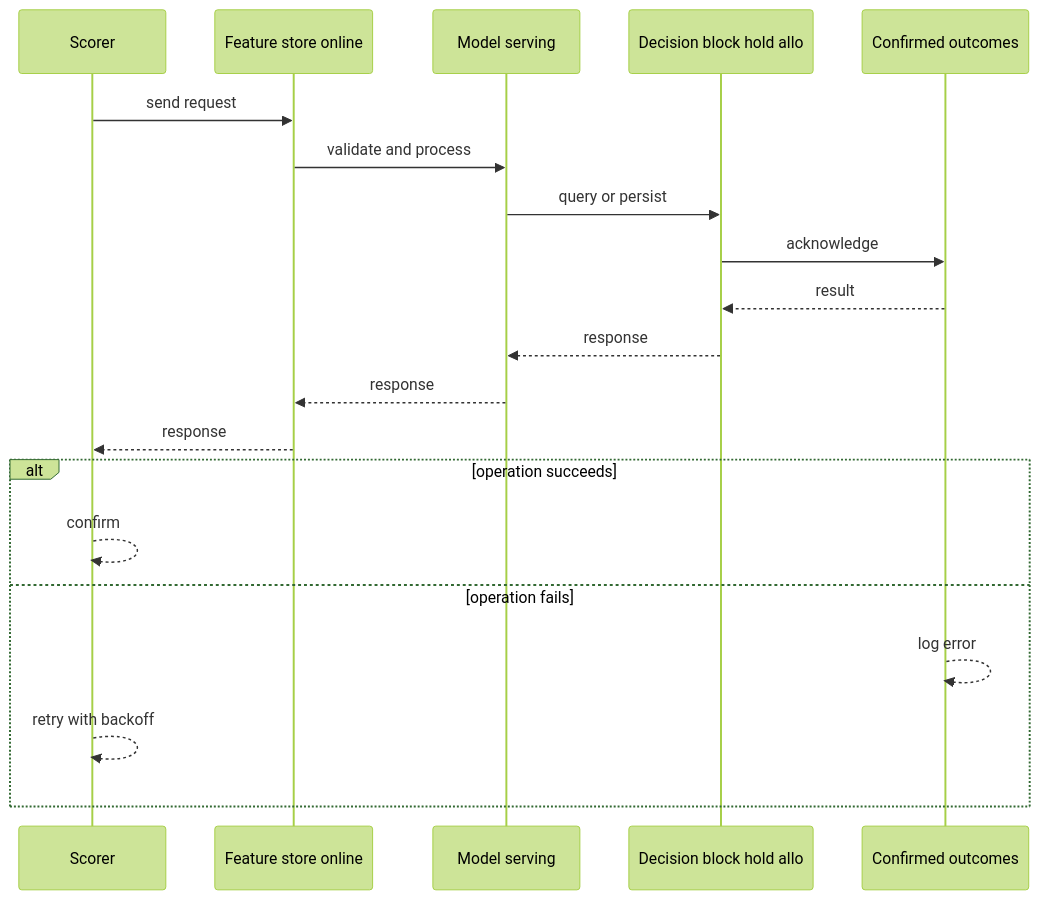
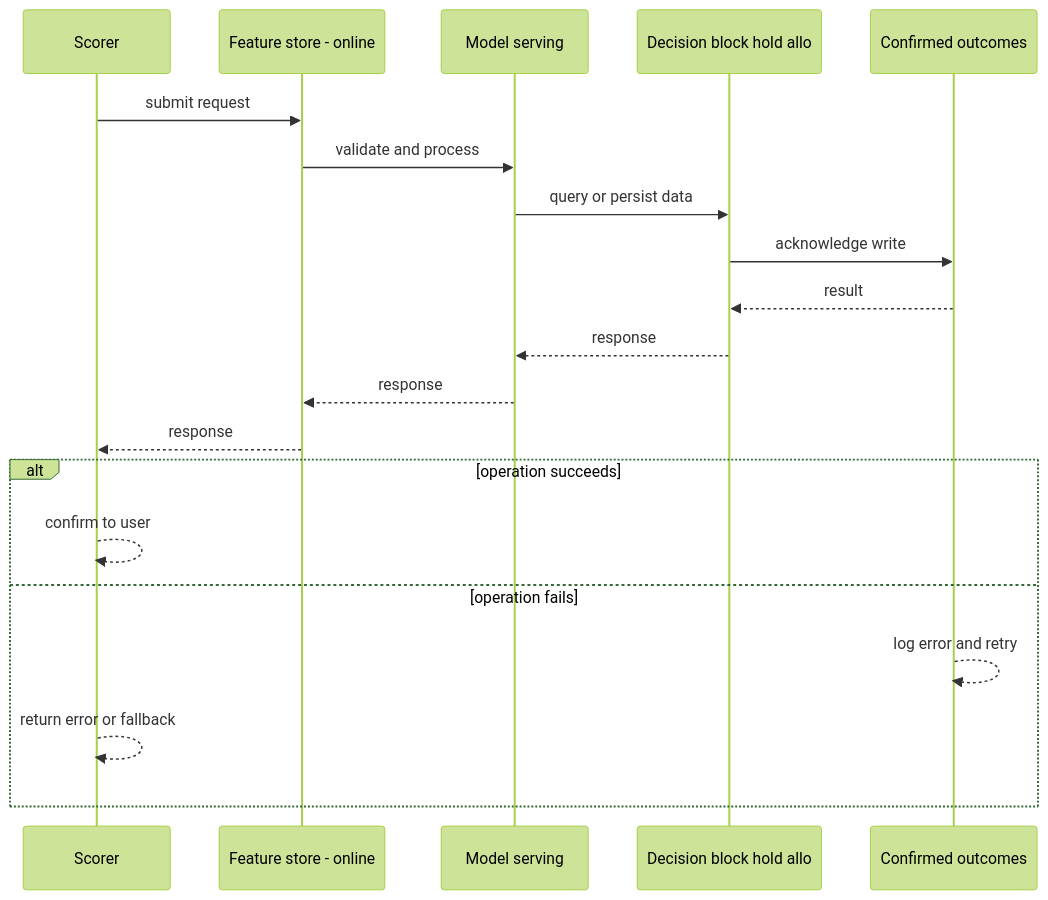
The second of 4 diagrams in case-studies/extreme/fraud-detection.md (RIT-MESH/system-design-mastery), drawn with Mermaid (forest theme) before and after one commit. The commit also changed other lines of this file and 127 other files, not shown here.

First line of the commit message:
Improve all case study diagrams: case-specific sequences, fix truncated labels

````diff
--- a/case-studies/extreme/fraud-detection.md
+++ b/case-studies/extreme/fraud-detection.md
@@ -74,23 +74,23 @@
 ```mermaid
 %% created-for: system-design-mastery
 sequenceDiagram
-  participant C0 as Scorer
-  participant C1 as Feature store online
-  participant C2 as Model serving
-  participant C3 as Decision block hold allo
-  participant C4 as Confirmed outcomes
-  C0 ->> C1: send request
-  C1 ->> C2: validate and process
-  C2 ->> C3: query or persist
-  C3 ->> C4: acknowledge
-  C4 -->> C3: result
-  C3 -->> C2: response
-  C2 -->> C1: response
-  C1 -->> C0: response
+  participant P0 as Scorer
+  participant P1 as Feature store - online
+  participant P2 as Model serving
+  participant P3 as Decision block hold allo
+  participant P4 as Confirmed outcomes
+  P0 ->> P1: submit request
+  P1 ->> P2: validate and process
+  P2 ->> P3: query or persist data
+  P3 ->> P4: acknowledge write
+  P4 -->> P3: result
+  P3 -->> P2: response
+  P2 -->> P1: response
+  P1 -->> P0: response
   alt operation succeeds
-    C0 -->> C0: confirm
+    P0 -->> P0: confirm to user
   else operation fails
-    C4 -->> C4: log error
-    C0 -->> C0: retry with backoff
+    P4 -->> P4: log error and retry
+    P0 -->> P0: return error or fallback
   end
 ```
````
